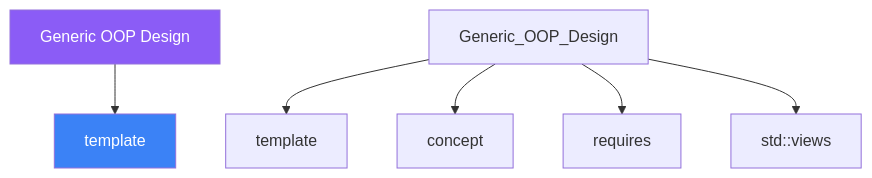
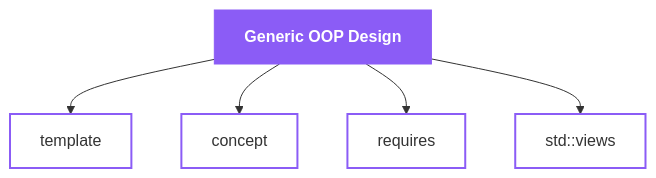
The diagram in mkdocs-site/docs/days/day-11/02-definition.md (AI-Maddy/Learn-Modern-CPP-OOP-30-Days), drawn with Mermaid before and after one commit. The commit also changed 99 other files, not shown here.

````diff
--- a/mkdocs-site/docs/days/day-11/02-definition.md
+++ b/mkdocs-site/docs/days/day-11/02-definition.md
@@ -160,10 +160,12 @@
 ```mermaid
 graph TD
-    ROOT["Generic OOP Design"] --> A["template"]
-    Generic_OOP_Design --> template["template"]
-    Generic_OOP_Design --> concept["concept"]
-    Generic_OOP_Design --> requires["requires"]
-    Generic_OOP_Design --> stdviews["std::views"]
-    style ROOT fill:#8b5cf6,color:#fff
-    style A    fill:#3b82f6,color:#fff
+    ROOT["Generic OOP Design"]
+    ROOT --> n0["template"]
+    ROOT --> n1["concept"]
+    ROOT --> n2["requires"]
+    ROOT --> n3["std::views"]
+    classDef topic fill:#8b5cf6,stroke:#8b5cf6,color:#ffffff,font-weight:bold
+    classDef concept fill:transparent,stroke:#8b5cf6,stroke-width:2px
+    class ROOT topic
+    class n0,n1,n2,n3 concept
 ```
````
